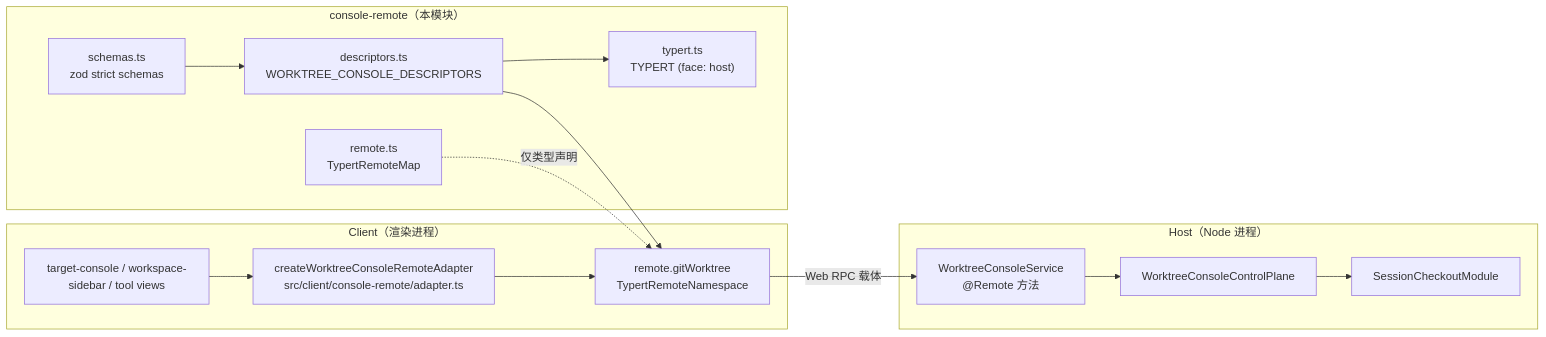
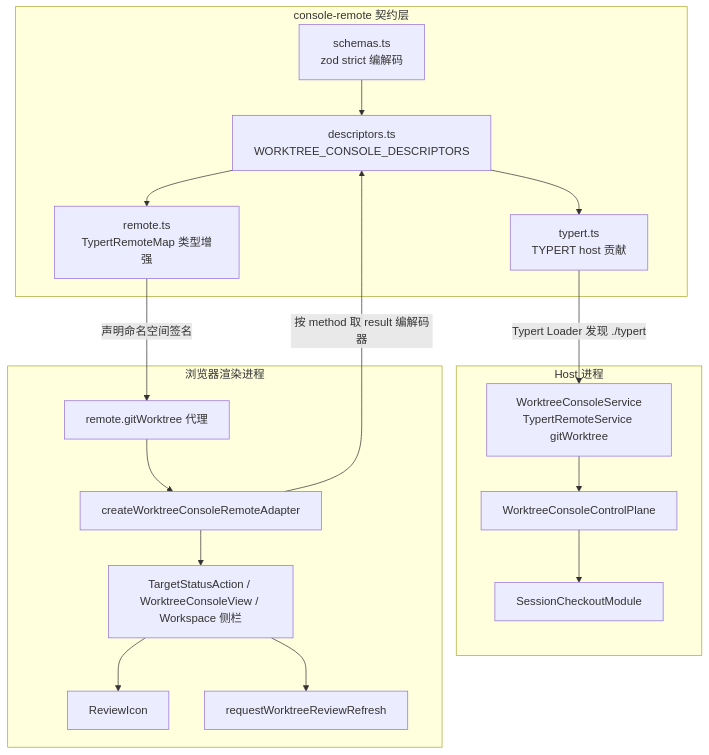
The first of 5 diagrams in .codewiki/modules/console-remote.md (ikliml666/dsh-git-workspace), drawn with Mermaid before and after one commit. The commit also changed other lines of this file and 117 other files, not shown here.

````diff
--- a/.codewiki/modules/console-remote.md
+++ b/.codewiki/modules/console-remote.md
@@ -28,26 +31,36 @@
 ```mermaid
-flowchart LR
-  subgraph ClientSide["Client（渲染进程）"]
-    UI["target-console / workspace-sidebar / tool views"]
-    Adapter["createWorktreeConsoleRemoteAdapter<br/>src/client/console-remote/adapter.ts"]
-    Proxy["remote.gitWorktree<br/>TypertRemoteNamespace"]
+flowchart TB
+  subgraph HOST["Host 进程"]
+    SVC["WorktreeConsoleService<br/>TypertRemoteService gitWorktree"]
+    CP["WorktreeConsoleControlPlane"]
+    MOD["SessionCheckoutModule"]
+    SVC --> CP
+    CP --> MOD
   end
-  subgraph RemoteLayer["console-remote（本模块）"]
-    Desc["descriptors.ts<br/>WORKTREE_CONSOLE_DESCRIPTORS"]
-    Sch["schemas.ts<br/>zod strict schemas"]
-    Map["remote.ts<br/>TypertRemoteMap"]
-    Typ["typert.ts<br/>TYPERT (face: host)"]
+
+  subgraph CONTRACT["console-remote 契约层"]
+    SCH["schemas.ts<br/>zod strict 编解码"]
+    DSC["descriptors.ts<br/>WORKTREE_CONSOLE_DESCRIPTORS"]
+    TYP["typert.ts<br/>TYPERT host 贡献"]
+    REM["remote.ts<br/>TypertRemoteMap 类型增强"]
+    SCH --> DSC
+    DSC --> TYP
+    DSC --> REM
   end
-  subgraph HostSide["Host（Node 进程）"]
-    Svc["WorktreeConsoleService<br/>@Remote 方法"]
-    CP["WorktreeConsoleControlPlane"]
-    Mod["SessionCheckoutModule"]
+
+  subgraph CLIENT["浏览器渲染进程"]
+    PROXY["remote.gitWorktree 代理"]
+    ADP["createWorktreeConsoleRemoteAdapter"]
+    UI["TargetStatusAction / WorktreeConsoleView / Workspace 侧栏"]
+    ICON["ReviewIcon"]
+    EVT["requestWorktreeReviewRefresh"]
+    PROXY --> ADP
+    ADP --> UI
+    UI --> ICON
+    UI --> EVT
   end
-  UI --> Adapter --> Proxy
-  Proxy -->|"Web RPC 载体"| Svc
-  Sch --> Desc
-  Desc --> Proxy
-  Desc --> Typ
-  Map -.->|"仅类型声明"| Proxy
-  Svc --> CP --> Mod
+
+  TYP -->|"Typert Loader 发现 ./typert"| SVC
+  REM -->|"声明命名空间签名"| PROXY
+  ADP -->|"按 method 取 result 编解码器"| DSC
 ```
````
